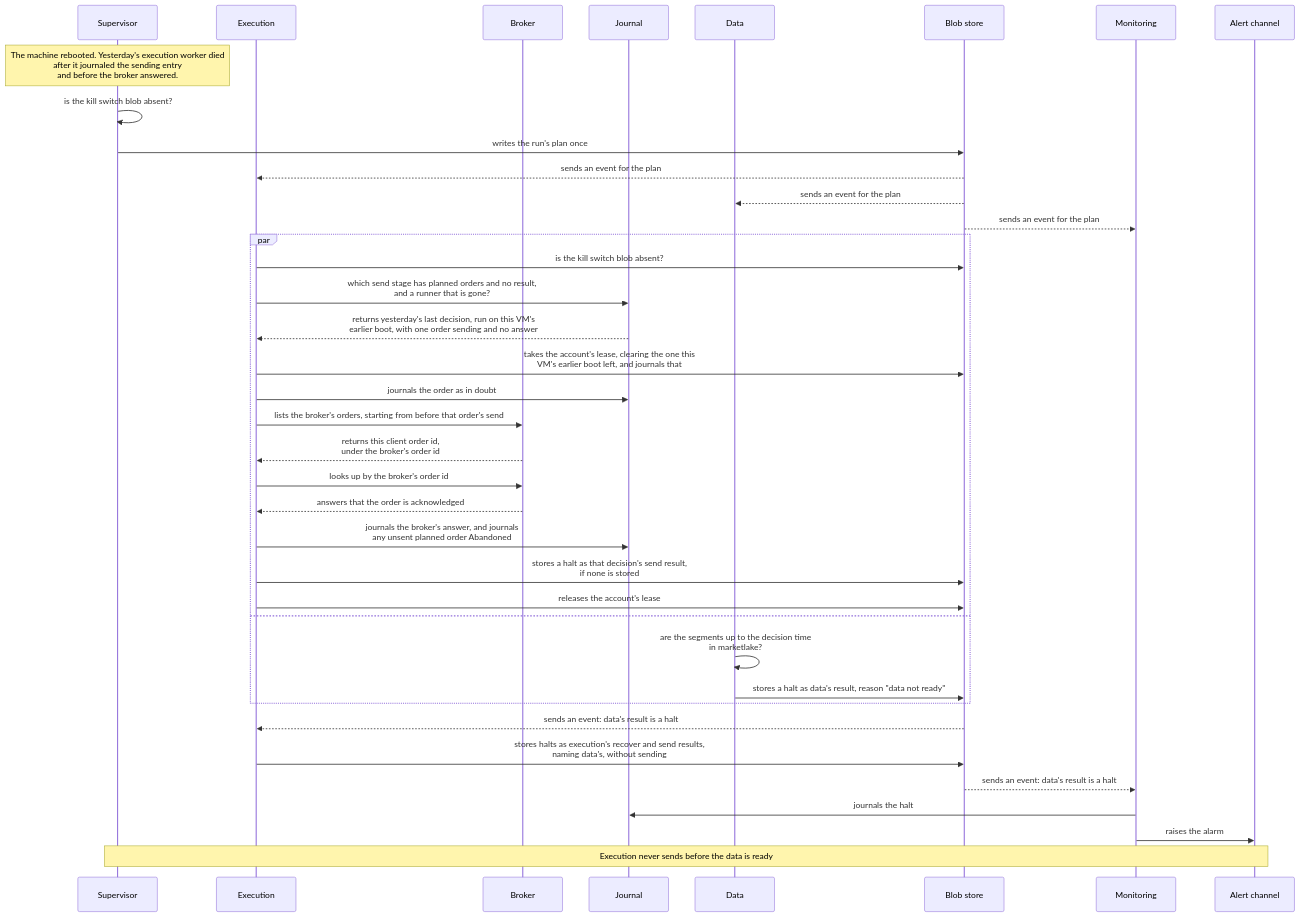
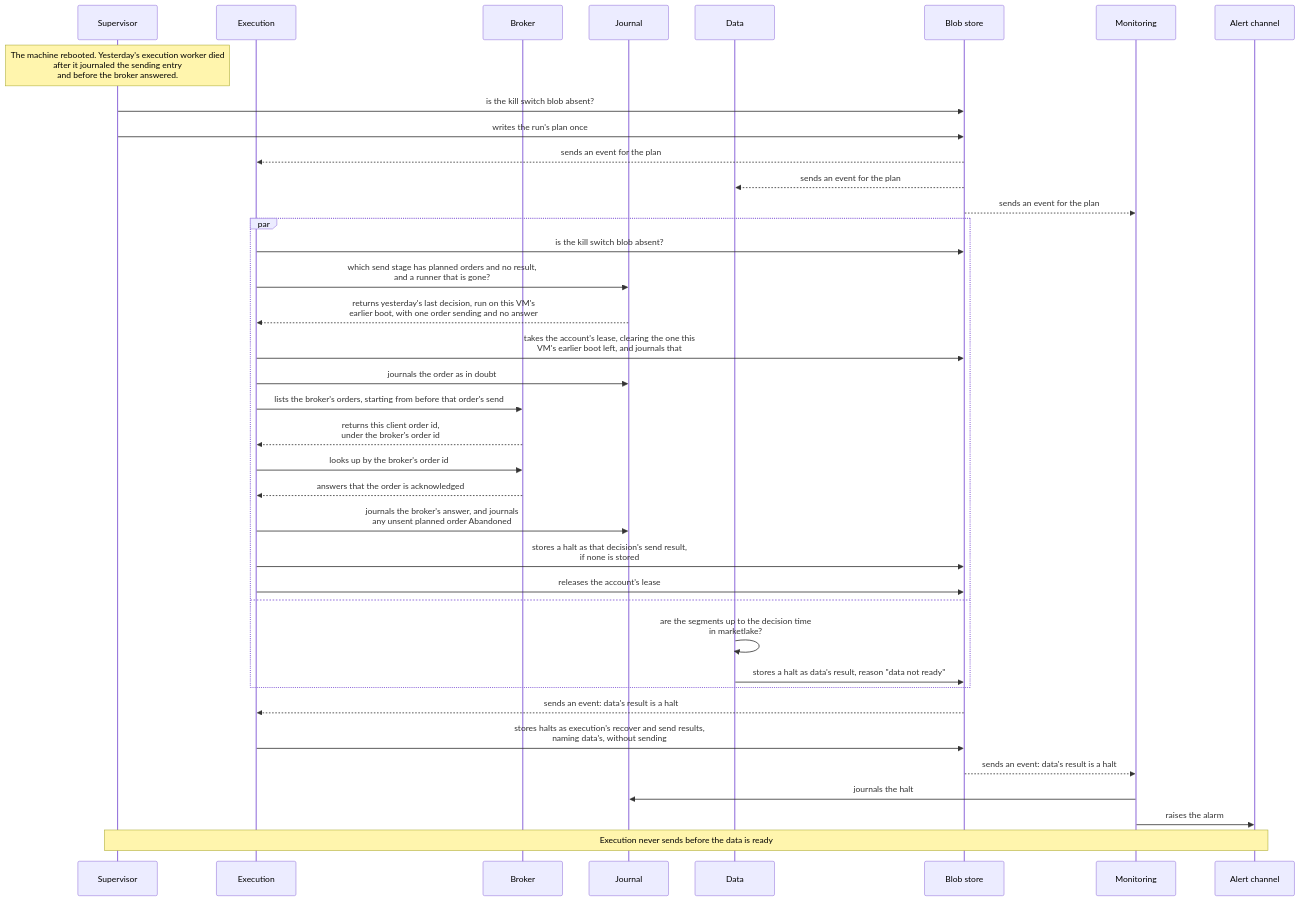
Before and after one commit to l3a0/ithildin-runtime: diagram 11 of 17 in docs/architecture/06-runtime.md, drawn with Mermaid. The commit also changed other lines of this file and 7 other files, not shown here.

````diff
--- a/docs/architecture/06-runtime.md
+++ b/docs/architecture/06-runtime.md
@@ -652,41 +655,41 @@
 ```mermaid
 sequenceDiagram
     participant V as Supervisor
     participant X as Execution
     participant B as Broker
     participant J as Journal
     participant D as Data
     participant F as Blob store
     participant M as Monitoring
     participant L as Alert channel
 
     Note over V: The machine rebooted. Yesterday's execution worker died<br/>after it journaled the sending entry<br/>and before the broker answered.
-    V->>V: is the kill switch blob absent?
+    V->>F: is the kill switch blob absent?
     V->>F: writes the run's plan once
     F-->>X: sends an event for the plan
     F-->>D: sends an event for the plan
     F-->>M: sends an event for the plan
     par
         X->>F: is the kill switch blob absent?
         X->>J: which send stage has planned orders and no result,<br/>and a runner that is gone?
         J-->>X: returns yesterday's last decision, run on this VM's<br/>earlier boot, with one order sending and no answer
         X->>F: takes the account's lease, clearing the one this<br/>VM's earlier boot left, and journals that
         X->>J: journals the order as in doubt
         X->>B: lists the broker's orders, starting from before that order's send
         B-->>X: returns this client order id,<br/>under the broker's order id
         X->>B: looks up by the broker's order id
         B-->>X: answers that the order is acknowledged
         X->>J: journals the broker's answer, and journals<br/>any unsent planned order Abandoned
         X->>F: stores a halt as that decision's send result,<br/>if none is stored
         X->>F: releases the account's lease
     and
         D->>D: are the segments up to the decision time<br/>in marketlake?
         D->>F: stores a halt as data's result, reason "data not ready"
     end
     F-->>X: sends an event: data's result is a halt
     X->>F: stores halts as execution's recover and send results,<br/>naming data's, without sending
     F-->>M: sends an event: data's result is a halt
     M->>J: journals the halt
     M->>L: raises the alarm
     Note over V,L: Execution never sends before the data is ready
 ```
````
